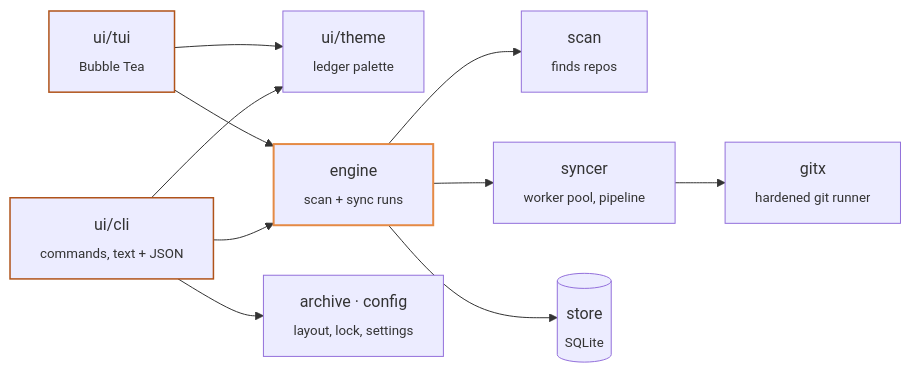
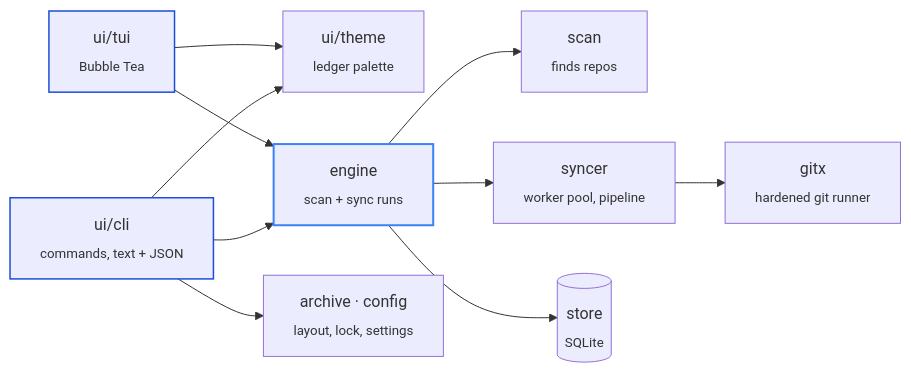
Before and after one commit to TTox-Tech/ChitraGit: the diagram in README.md, drawn with Mermaid. The commit also changed other lines of this file and 33 other files, not shown here.

````diff
--- a/README.md
+++ b/README.md
@@ -233,25 +233,25 @@
 ```mermaid
 flowchart LR
   cli["ui/cli<br/><sub>commands, text + JSON</sub>"]:::ui
   tui["ui/tui<br/><sub>Bubble Tea</sub>"]:::ui
   theme["ui/theme<br/><sub>ledger palette</sub>"]
   engine["engine<br/><sub>scan + sync runs</sub>"]:::core
   scan["scan<br/><sub>finds repos</sub>"]
   syncer["syncer<br/><sub>worker pool, pipeline</sub>"]
   gitx["gitx<br/><sub>hardened git runner</sub>"]
   store[("store<br/><sub>SQLite</sub>")]
   archive["archive · config<br/><sub>layout, lock, settings</sub>"]
 
   cli --> engine
   tui --> engine
   cli --> theme
   tui --> theme
   cli --> archive
   engine --> scan
   engine --> syncer
   engine --> store
   syncer --> gitx
 
-  classDef core stroke:#E58A45,stroke-width:2px
-  classDef ui stroke:#B0531A,stroke-width:1.5px
+  classDef core stroke:#3B82F6,stroke-width:2px
+  classDef ui stroke:#1D4ED8,stroke-width:1.5px
 ```
````
